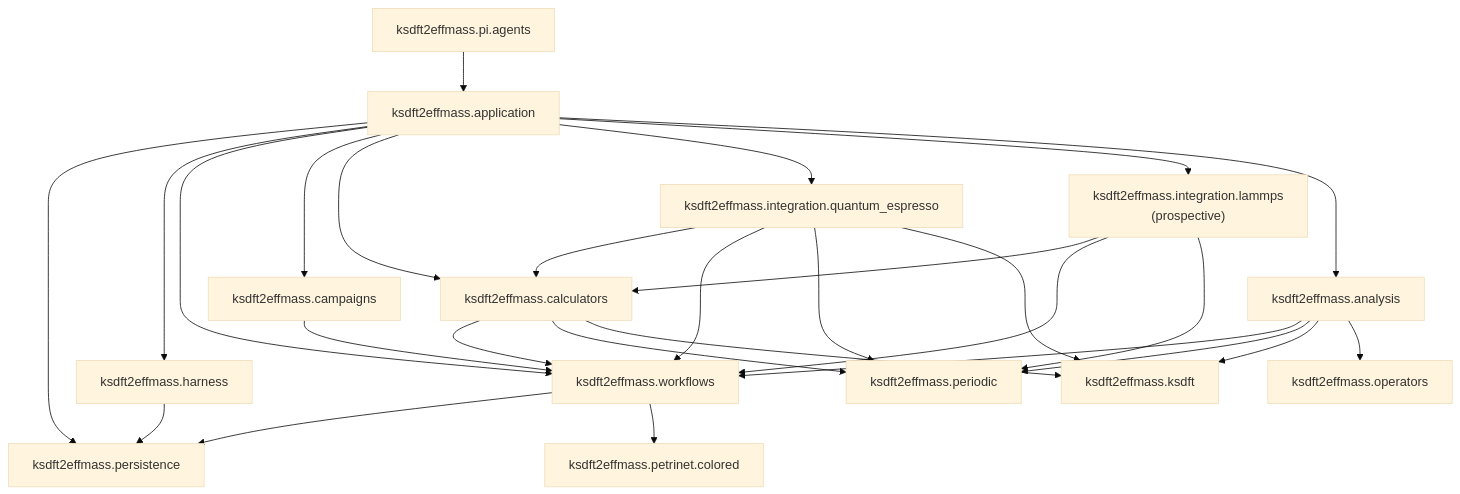
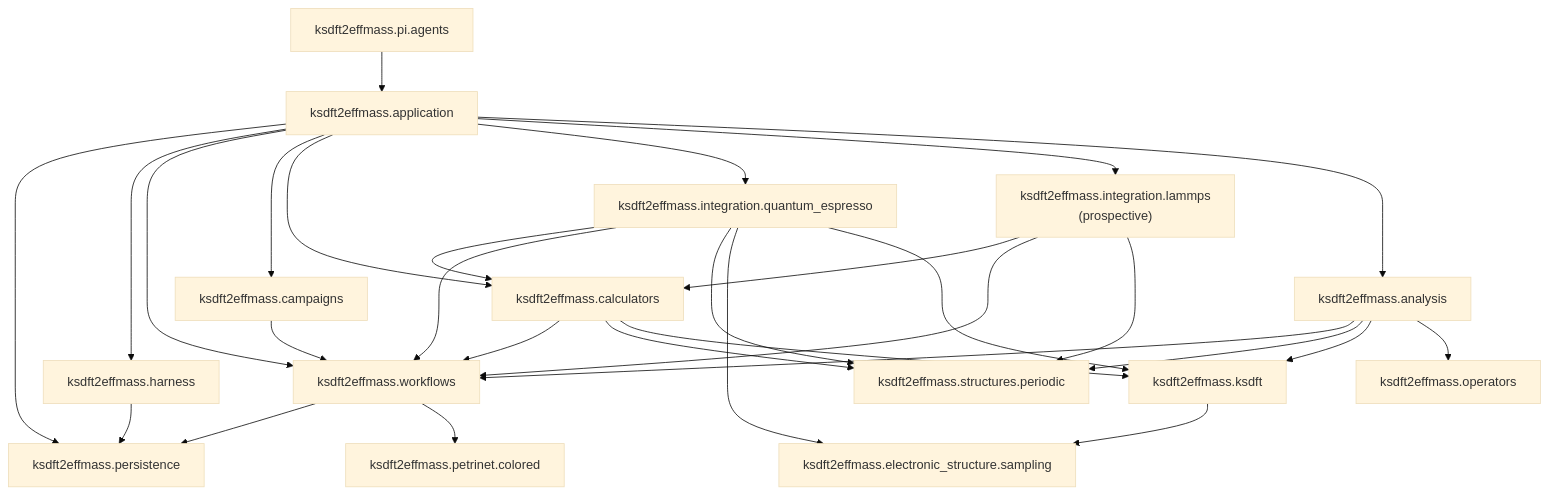
One commit to eragasa/ksdft2effmass changed the diagram in docs/architecture/v2/index.md. Above: the diagram before and after it, drawn with Mermaid (base theme). The commit also changed other lines of this file and 73 other files, not shown here.

Commit message:
Complete periodic structures migration

````diff
--- a/docs/architecture/v2/index.md
+++ b/docs/architecture/v2/index.md
@@ -7,45 +7,48 @@
 ```mermaid
 flowchart TB
     application["ksdft2effmass.application"]
     persistence["ksdft2effmass.persistence"]
     harness["ksdft2effmass.harness"]
     workflows["ksdft2effmass.workflows"]
     petrinet["ksdft2effmass.petrinet.colored"]
     campaigns["ksdft2effmass.campaigns"]
     calculators["ksdft2effmass.calculators"]
     qe_integration["ksdft2effmass.integration.quantum_espresso"]
     lammps_integration["ksdft2effmass.integration.lammps<br/>(prospective)"]
-    periodic["ksdft2effmass.periodic"]
+    structures["ksdft2effmass.structures.periodic"]
+    sampling["ksdft2effmass.electronic_structure.sampling"]
     ksdft["ksdft2effmass.ksdft"]
     operators["ksdft2effmass.operators"]
     analysis["ksdft2effmass.analysis"]
     pi_agents["ksdft2effmass.pi.agents"]
 
     pi_agents --> application
     application --> persistence
     application --> harness
     application --> workflows
     harness --> persistence
     workflows --> persistence
     application --> campaigns
     application --> calculators
     application --> qe_integration
     application --> lammps_integration
     application --> analysis
     campaigns --> workflows
     calculators --> workflows
     workflows --> petrinet
     qe_integration --> calculators
     qe_integration --> workflows
-    qe_integration --> periodic
+    qe_integration --> structures
+    qe_integration --> sampling
     qe_integration --> ksdft
     lammps_integration --> calculators
     lammps_integration --> workflows
-    lammps_integration --> periodic
-    calculators --> periodic
+    lammps_integration --> structures
+    calculators --> structures
     calculators --> ksdft
     analysis --> workflows
-    analysis --> periodic
+    analysis --> structures
     analysis --> ksdft
+    ksdft --> sampling
     analysis --> operators
 ```
````
